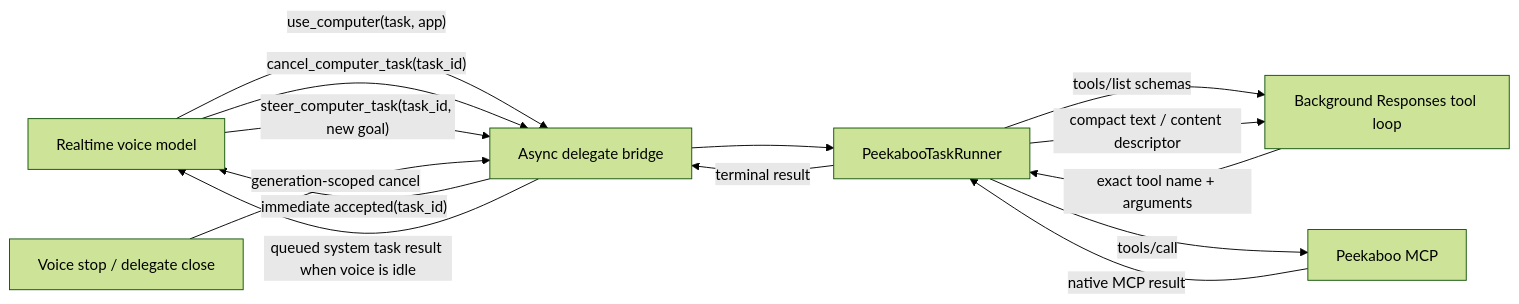
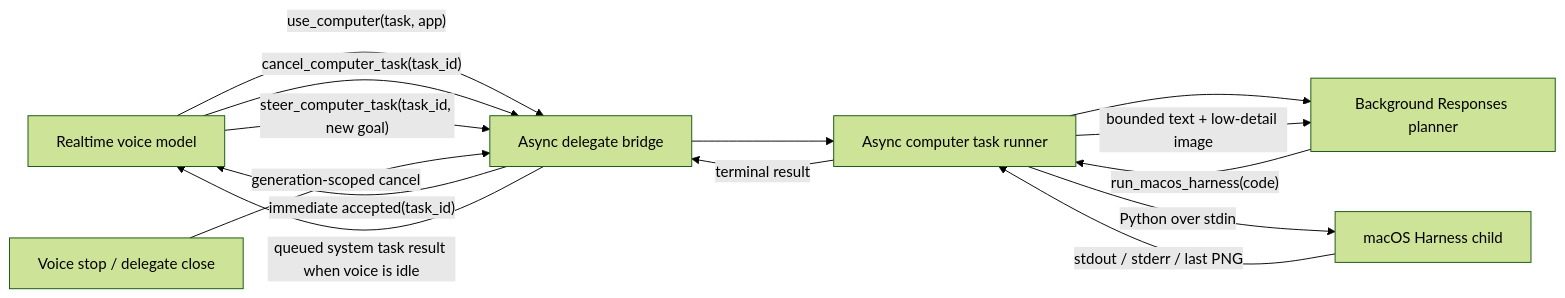
Before and after one commit to kamikaz1k/wake-on: the second of 13 diagrams in docs/architecture.md, drawn with Mermaid (forest theme). The commit also changed other lines of this file and 12 other files, not shown here.

Commit message:
Add macOS Harness computer backend

````diff
--- a/docs/architecture.md
+++ b/docs/architecture.md
@@ -111,16 +111,16 @@
 ```mermaid
 flowchart LR
     A["Realtime voice model"] -->|"use_computer(task, app)"| B["Async delegate bridge"]
     B -->|"immediate accepted(task_id)"| A
-    B --> C["PeekabooTaskRunner"]
-    C -->|"tools/list schemas"| D["Background Responses tool loop"]
-    D -->|"exact tool name + arguments"| C
-    C -->|"tools/call"| E["Peekaboo MCP"]
-    E -->|"native MCP result"| C
-    C -->|"compact text / content descriptor"| D
+    B --> C["Async computer task runner"]
+    C --> D["Background Responses planner"]
+    D -->|"run_macos_harness(code)"| C
+    C -->|"Python over stdin"| E["macOS Harness child"]
+    E -->|"stdout / stderr / last PNG"| C
+    C -->|"bounded text + low-detail image"| D
     C -->|"terminal result"| B
     B -->|"queued system task result when voice is idle"| A
     A -->|"cancel_computer_task(task_id)"| B
     A -->|"steer_computer_task(task_id, new goal)"| B
     F["Voice stop / delegate close"] -->|"generation-scoped cancel"| B
 ```
````
